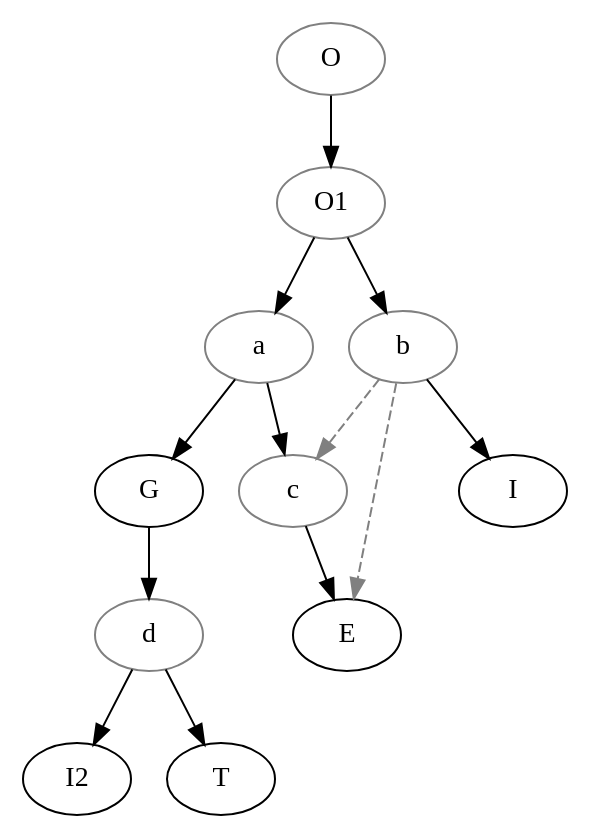
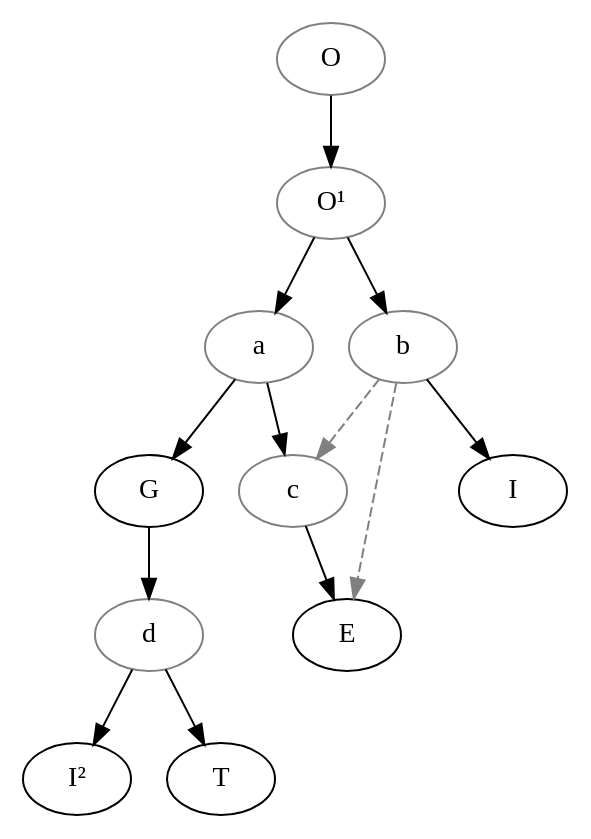
Before and after one commit to OpenStemmata/database: the diagram in data/fro/Grillo_1984_ChretienteCorbaran/stemma.gv, drawn with Graphviz. The commit also changed 13 other files, not shown here.

```diff
--- a/data/fro/Grillo_1984_ChretienteCorbaran/stemma.gv
+++ b/data/fro/Grillo_1984_ChretienteCorbaran/stemma.gv
@@ -1,23 +1,24 @@
 digraph {
 
 O[color="grey"];
-O1[color="grey"];
+O1[color="grey", label="O¹"];
+I2[label="I²"]
 a[color="grey"];
 d[color="grey"];
 c[color="grey"];
 b[color="grey"];
 
 O->O1;
 O1->a;
 a->G;
 G->d;
 d->I2;
 d->T;
 a->c;
 c->E;
 O1->b;
 b->c[style="dashed", color="grey"];
 b->E[style="dashed", color="grey"];
 b->I;
 
 }
```
